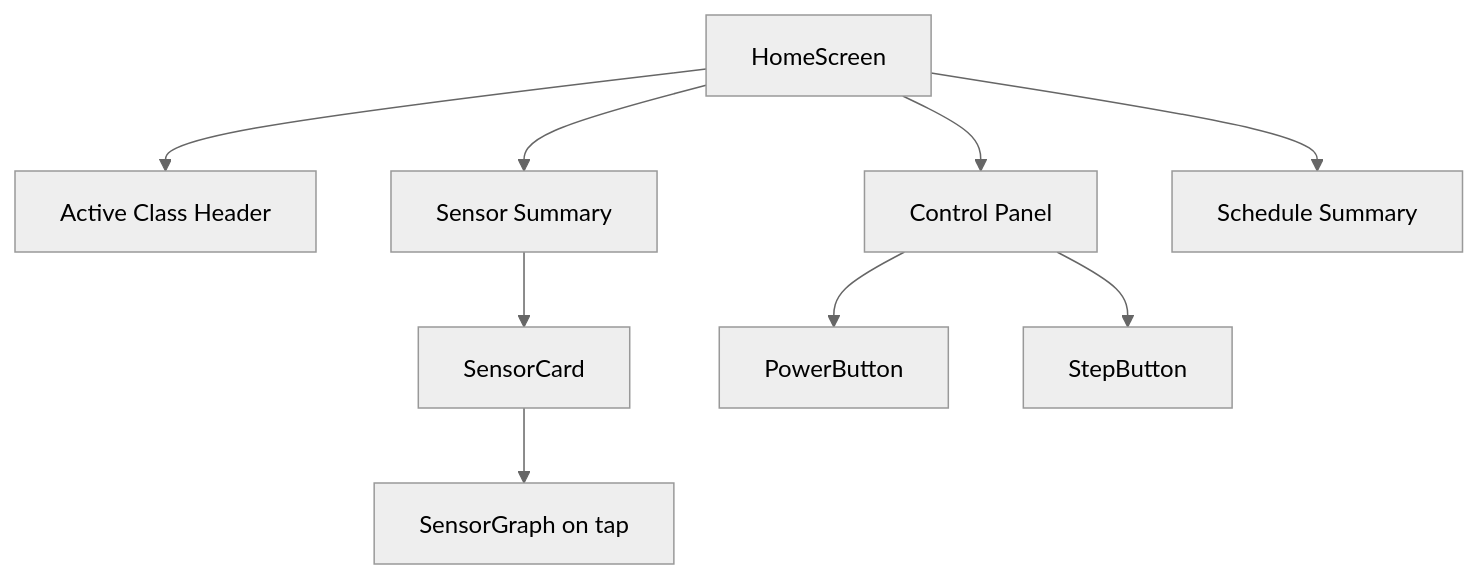
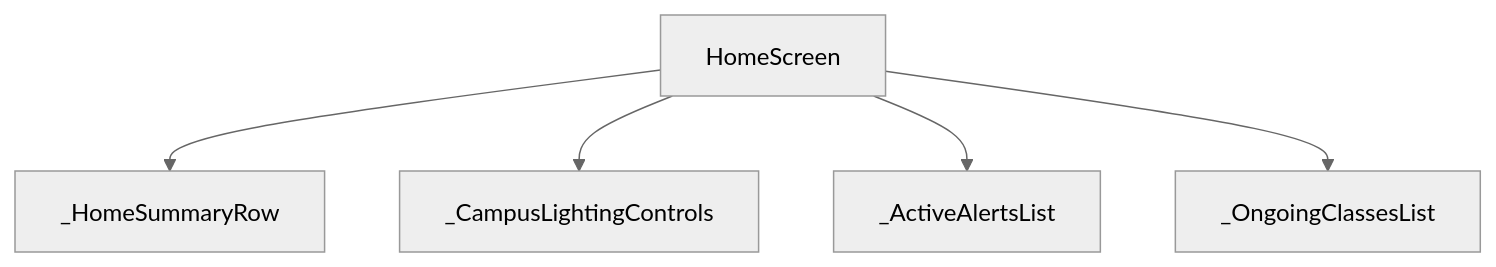
The fifth of 7 diagrams in README.md (hazzma/SmartBuilding-App-V2), drawn with Mermaid (neutral theme) before and after one commit. The commit also changed other lines of this file, not shown here.

Commit message:
Update README.md to match codebase and new InfluxDB architecture

````diff
--- a/README.md
+++ b/README.md
@@ -155,11 +127,7 @@
 ```mermaid
 flowchart TD
-    A[HomeScreen] --> B[Active Class Header]
-    A --> C[Sensor Summary]
-    C --> D[SensorCard]
-    D --> E[SensorGraph on tap]
-    A --> F[Control Panel]
-    F --> G[PowerButton]
-    F --> H[StepButton]
-    A --> I[Schedule Summary]
+    A[HomeScreen] --> B[_HomeSummaryRow]
+    A --> C[_CampusLightingControls]
+    A --> D[_ActiveAlertsList]
+    A --> E[_OngoingClassesList]
 ```
````
